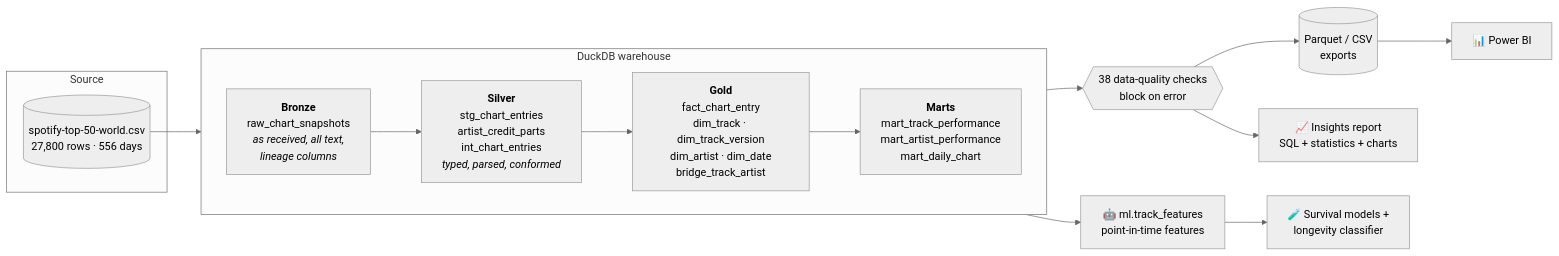
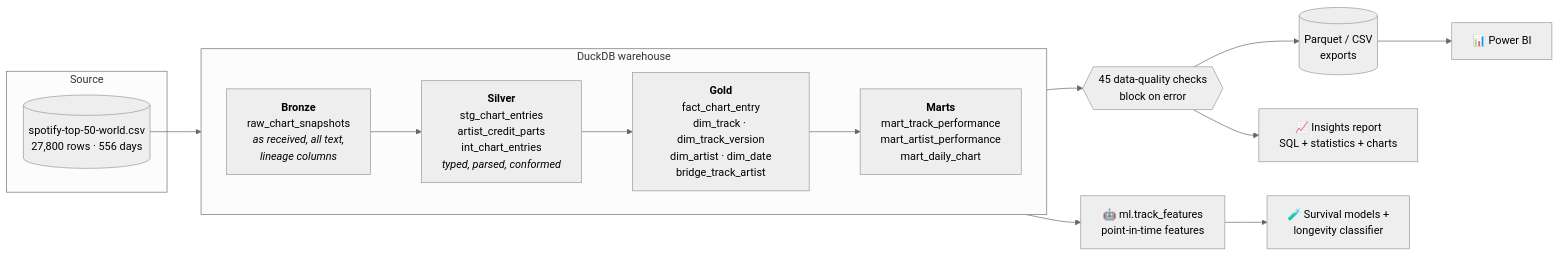
One commit to n3h4a/spotify-powerbi-dashboard changed the first of 2 diagrams in README.md. Above: the diagram before and after it, drawn with Mermaid (neutral theme). The commit also changed other lines of this file and 1 other file, not shown here.

````diff
--- a/README.md
+++ b/README.md
@@ -84,28 +84,28 @@
 ```mermaid
 flowchart LR
     subgraph SRC[Source]
         CSV[("spotify-top-50-world.csv<br/>27,800 rows · 556 days")]
     end
 
     subgraph WH["DuckDB warehouse"]
         direction LR
         B["<b>Bronze</b><br/>raw_chart_snapshots<br/><i>as received, all text,<br/>lineage columns</i>"]
         S["<b>Silver</b><br/>stg_chart_entries<br/>artist_credit_parts<br/>int_chart_entries<br/><i>typed, parsed, conformed</i>"]
         G["<b>Gold</b><br/>fact_chart_entry<br/>dim_track · dim_track_version<br/>dim_artist · dim_date<br/>bridge_track_artist"]
         M["<b>Marts</b><br/>mart_track_performance<br/>mart_artist_performance<br/>mart_daily_chart"]
         B --> S --> G --> M
     end
 
-    DQ{{"38 data-quality checks<br/>block on error"}}
+    DQ{{"45 data-quality checks<br/>block on error"}}
     OUT[("Parquet / CSV<br/>exports")]
     PBI["📊 Power BI"]
     INS["📈 Insights report<br/>SQL + statistics + charts"]
     ML["🤖 ml.track_features<br/>point-in-time features"]
     NEXT["🧪 Survival models +<br/>longevity classifier"]
 
     CSV --> B
     M --> DQ --> OUT
     OUT --> PBI
     DQ --> INS
     M --> ML --> NEXT
 ```
````
